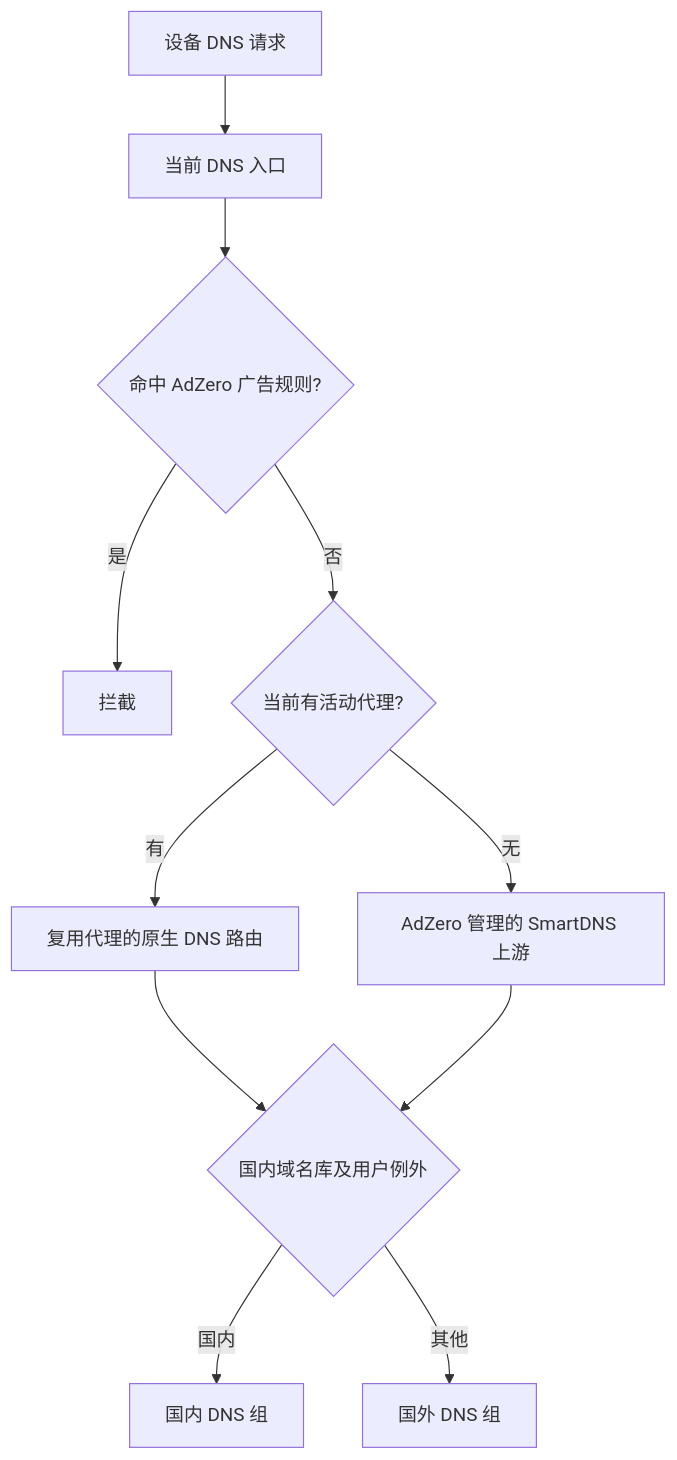
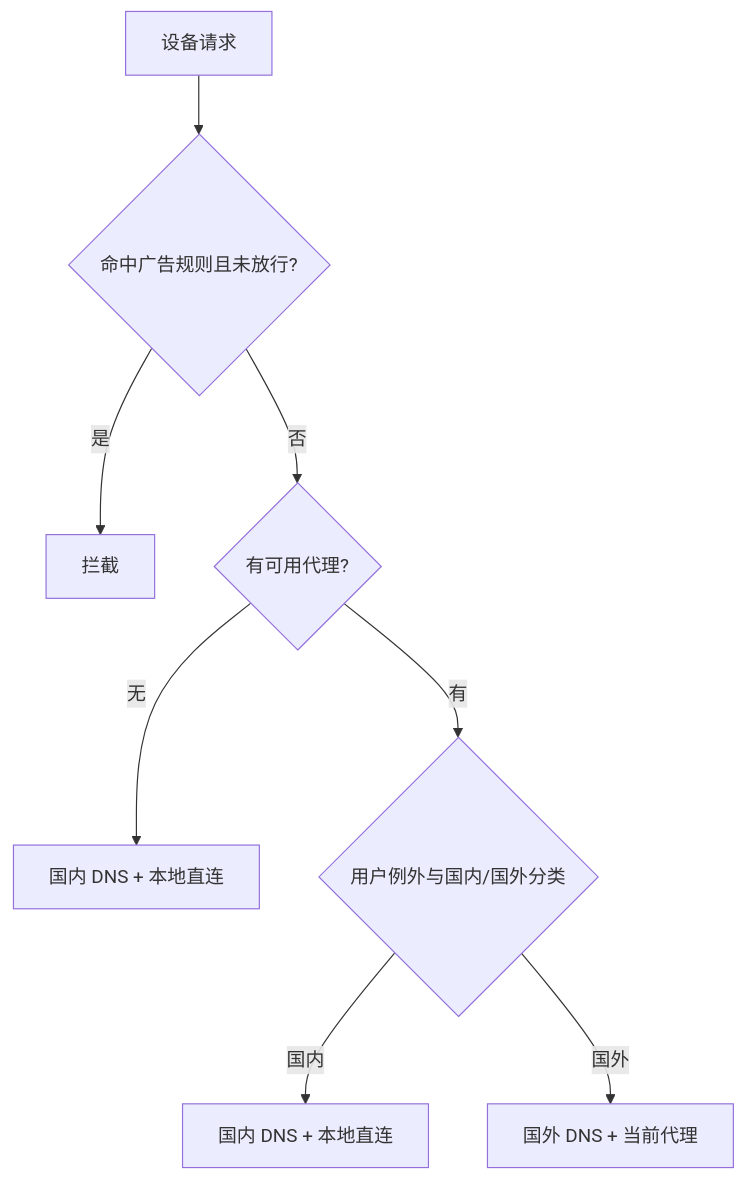
Before and after one commit to chengege666/AdZero: the diagram in docs/SMART_DNS.md, drawn with Mermaid. The commit also changed other lines of this file and 47 other files, not shown here.

````diff
--- a/docs/SMART_DNS.md
+++ b/docs/SMART_DNS.md
@@ -17,13 +22,10 @@
 ```mermaid
 flowchart TD
-    A[设备 DNS 请求] --> B[当前 DNS 入口]
-    B --> C{命中 AdZero 广告规则?}
-    C -->|是| D[拦截]
-    C -->|否| E{当前有活动代理?}
-    E -->|有| F[复用代理的原生 DNS 路由]
-    E -->|无| G[AdZero 管理的 SmartDNS 上游]
-    F --> H{国内域名库及用户例外}
-    G --> H
-    H -->|国内| I[国内 DNS 组]
-    H -->|其他| J[国外 DNS 组]
+    A[设备请求] --> B{命中广告规则且未放行?}
+    B -->|是| C[拦截]
+    B -->|否| D{有可用代理?}
+    D -->|无| E[国内 DNS + 本地直连]
+    D -->|有| F{用户例外与国内/国外分类}
+    F -->|国内| G[国内 DNS + 本地直连]
+    F -->|国外| H[国外 DNS + 当前代理]
 ```
````
